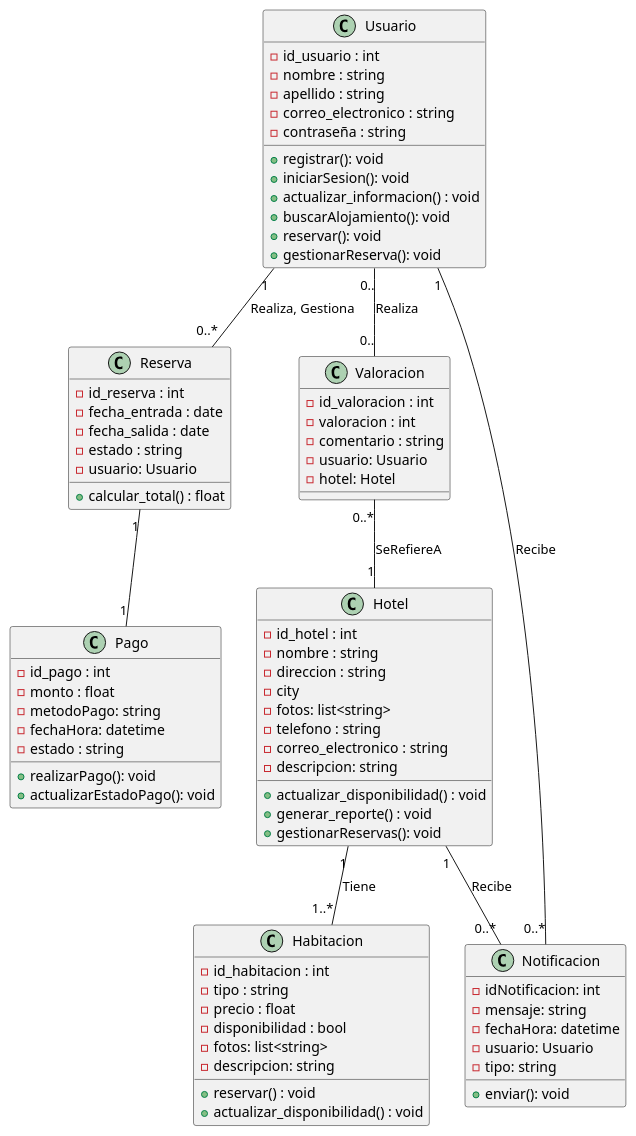
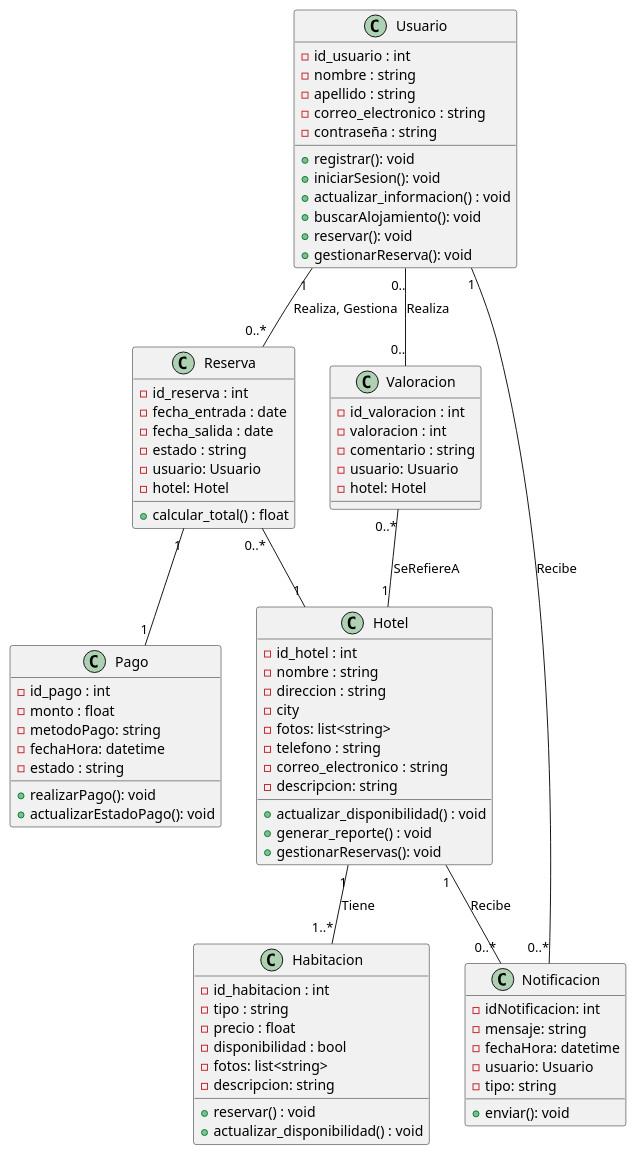
One commit to EvilUser10/Proyecto-Reservas changed the diagram in hoteles.plantuml. Above: the diagram before and after it, drawn with PlantUML. The commit also changed 6 other files, not shown here.

Commit message:
Realizado el controlador y modelo de Booking, creada relacion entre Hotel y Booking en el uml

```diff
--- a/hoteles.plantuml
+++ b/hoteles.plantuml
@@ -1,87 +1,89 @@
 @startuml Hoteles
 class Usuario {
     - id_usuario : int
     - nombre : string
     - apellido : string
     - correo_electronico : string
     - contraseña : string
     + registrar(): void
     + iniciarSesion(): void
     + actualizar_informacion() : void
     + buscarAlojamiento(): void
     + reservar(): void
     + gestionarReserva(): void
 }
 
 
 
 class Hotel {
     - id_hotel : int
     - nombre : string
     - direccion : string
     - city
     - fotos: list<string>
     - telefono : string
     - correo_electronico : string
     - descripcion: string
     + actualizar_disponibilidad() : void
     + generar_reporte() : void
     + gestionarReservas(): void
 }
 
 class Habitacion {
     - id_habitacion : int
     - tipo : string
     - precio : float
     - disponibilidad : bool
     - fotos: list<string>
     - descripcion: string
     + reservar() : void
     + actualizar_disponibilidad() : void
 }
 
 class Reserva {
     - id_reserva : int
     - fecha_entrada : date
     - fecha_salida : date
     - estado : string
     - usuario: Usuario
+    - hotel: Hotel
     + calcular_total() : float
 }
 
 class Pago {
     - id_pago : int
     - monto : float
     - metodoPago: string
     - fechaHora: datetime
     - estado : string
     + realizarPago(): void
     + actualizarEstadoPago(): void
 }
 
 class Valoracion {
     - id_valoracion : int
     - valoracion : int
     - comentario : string
     - usuario: Usuario
     - hotel: Hotel
 }
 
 class Notificacion {
     - idNotificacion: int
     - mensaje: string
     - fechaHora: datetime
     - usuario: Usuario
     - tipo: string
     + enviar(): void
 }
 Usuario "1" -- "0..*" Reserva : Realiza, Gestiona
 Usuario "0.." -- "0.." Valoracion : Realiza
 Usuario "1" -- "0..*" Notificacion : Recibe
 
 Reserva "1" -- "1" Pago
+Reserva "0..*" -- "1" Hotel
 Valoracion "0..*" -- "1" Hotel : SeRefiereA
 Hotel "1" -- "0..*" Notificacion : Recibe
 
 Hotel "1" -- "1..*" Habitacion : Tiene
 @enduml
```
